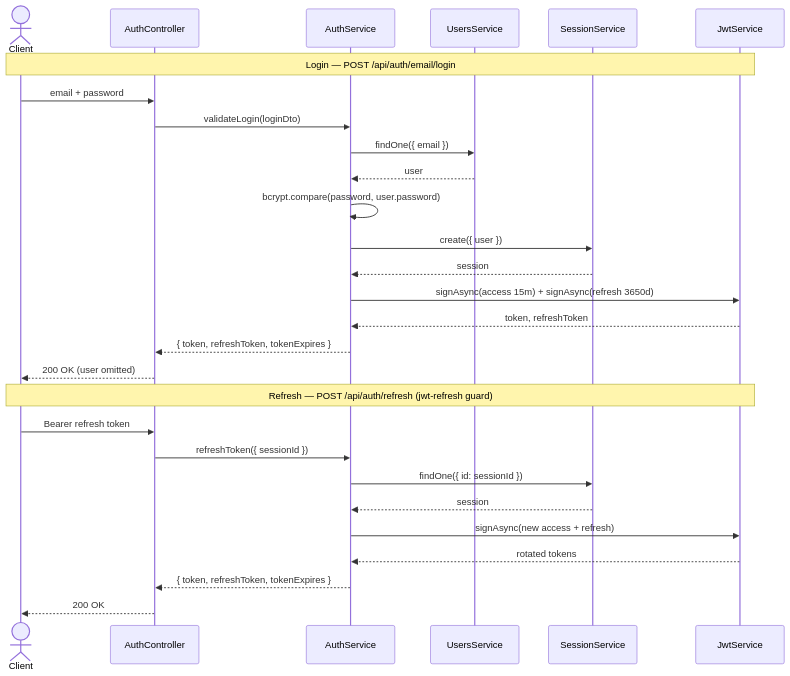
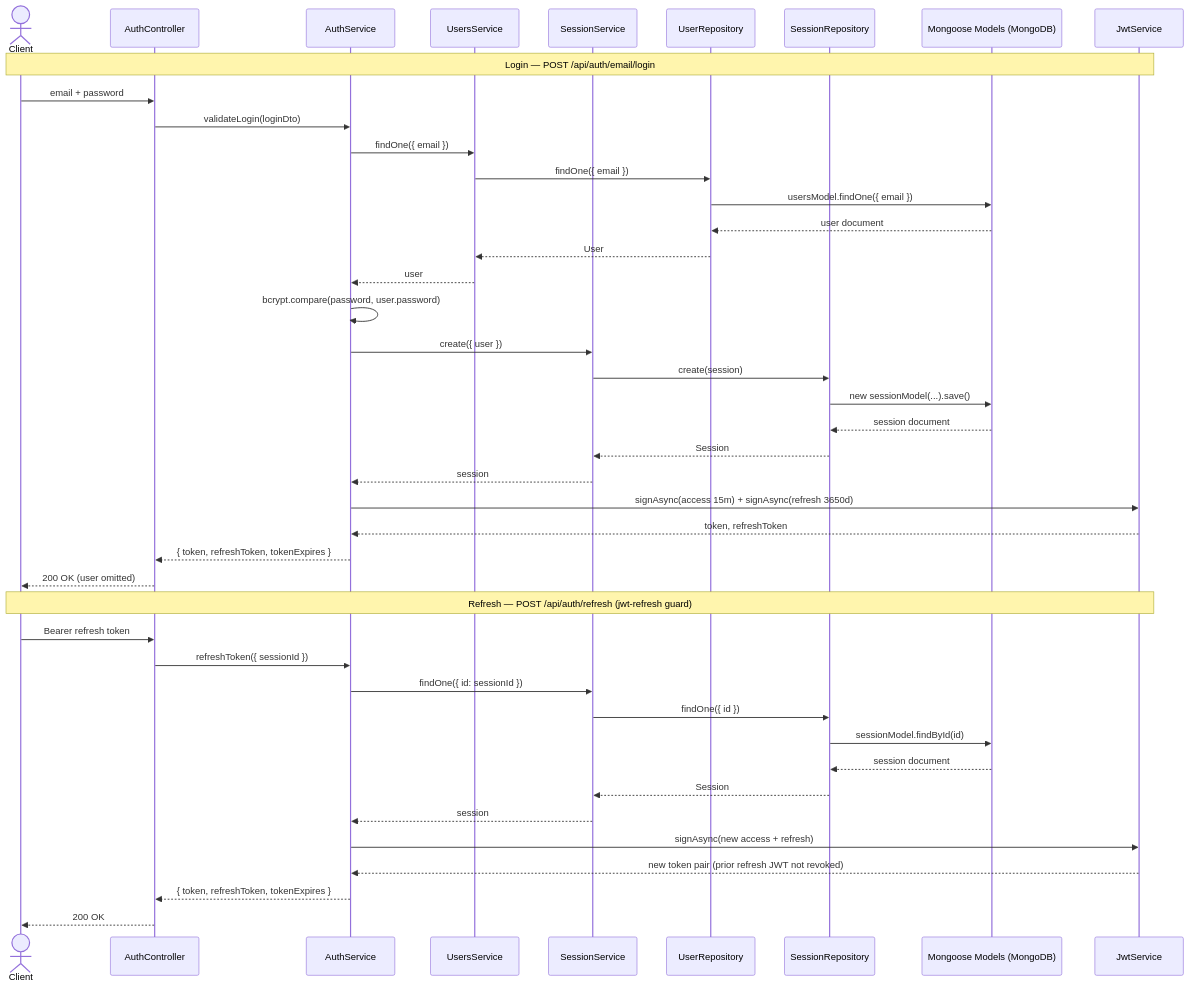
One commit to blitzy-public-samples/pantry-chef-traditional changed the diagram in backend/src/auth/README.md. Above: the diagram before and after it, drawn with Mermaid. The commit also changed other lines of this file and 10 other files, not shown here.

````diff
--- a/backend/src/auth/README.md
+++ b/backend/src/auth/README.md
@@ -165,32 +166,47 @@
 ```mermaid
 sequenceDiagram
     actor Client
     participant C as AuthController
     participant S as AuthService
     participant U as UsersService
     participant Sess as SessionService
+    participant UR as UserRepository
+    participant SR as SessionRepository
+    participant DB as Mongoose Models (MongoDB)
     participant J as JwtService
 
     Note over Client,J: Login — POST /api/auth/email/login
     Client->>C: email + password
     C->>S: validateLogin(loginDto)
     S->>U: findOne({ email })
+    U->>UR: findOne({ email })
+    UR->>DB: usersModel.findOne({ email })
+    DB-->>UR: user document
+    UR-->>U: User
     U-->>S: user
     S->>S: bcrypt.compare(password, user.password)
     S->>Sess: create({ user })
+    Sess->>SR: create(session)
+    SR->>DB: new sessionModel(...).save()
+    DB-->>SR: session document
+    SR-->>Sess: Session
     Sess-->>S: session
     S->>J: signAsync(access 15m) + signAsync(refresh 3650d)
     J-->>S: token, refreshToken
     S-->>C: { token, refreshToken, tokenExpires }
     C-->>Client: 200 OK (user omitted)
 
     Note over Client,J: Refresh — POST /api/auth/refresh (jwt-refresh guard)
     Client->>C: Bearer refresh token
     C->>S: refreshToken({ sessionId })
     S->>Sess: findOne({ id: sessionId })
+    Sess->>SR: findOne({ id })
+    SR->>DB: sessionModel.findById(id)
+    DB-->>SR: session document
+    SR-->>Sess: Session
     Sess-->>S: session
     S->>J: signAsync(new access + refresh)
-    J-->>S: rotated tokens
+    J-->>S: new token pair (prior refresh JWT not revoked)
     S-->>C: { token, refreshToken, tokenExpires }
     C-->>Client: 200 OK
 ```
````
